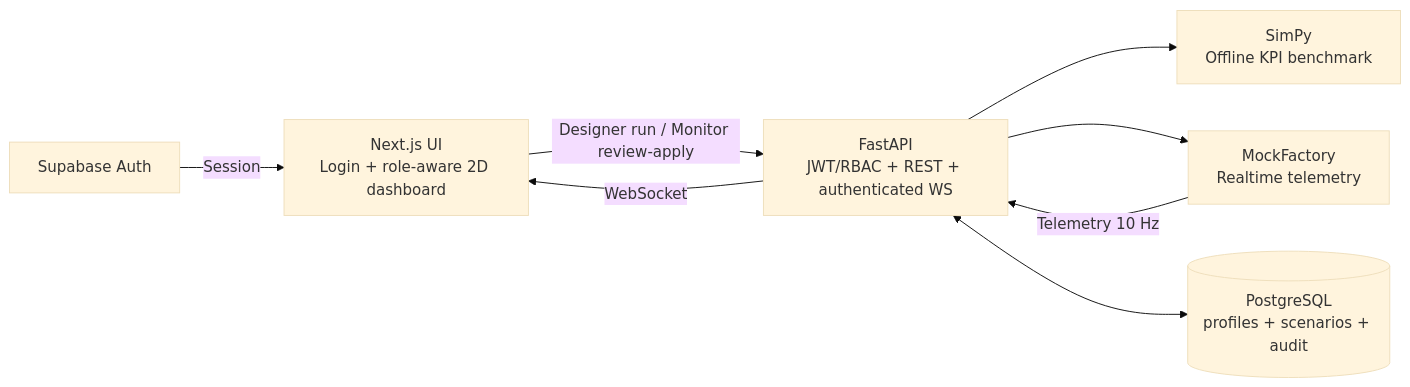
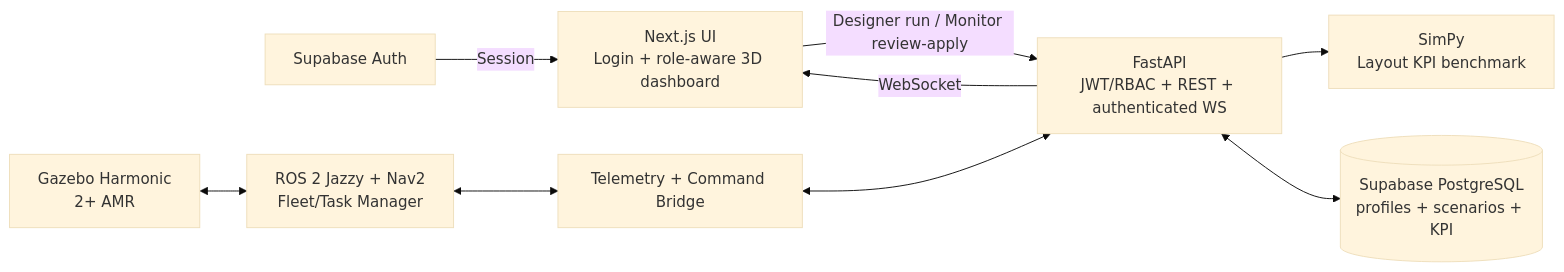
The first of 2 diagrams in docs/presentation/README.md (HoangTuBangGia/EV-Factory-Twin), drawn with Mermaid (base theme) before and after one commit. The commit also changed other lines of this file and 27 other files, not shown here.

````diff
--- a/docs/presentation/README.md
+++ b/docs/presentation/README.md
@@ -30,17 +30,20 @@
 ```mermaid
 flowchart LR
     AUTH[Supabase Auth]
-    FE[Next.js UI<br/>Login + role-aware 2D dashboard]
+    FE[Next.js UI<br/>Login + role-aware 3D dashboard]
     API[FastAPI<br/>JWT/RBAC + REST + authenticated WS]
-    MOCK[MockFactory<br/>Realtime telemetry]
-    SIM[SimPy<br/>Offline KPI benchmark]
-    DB[(PostgreSQL<br/>profiles + scenarios + audit)]
+    GZ[Gazebo Harmonic<br/>2+ AMR]
+    ROS[ROS 2 Jazzy + Nav2<br/>Fleet/Task Manager]
+    BRIDGE[Telemetry + Command Bridge]
+    SIM[SimPy<br/>Layout KPI benchmark]
+    DB[(Supabase PostgreSQL<br/>profiles + scenarios + KPI)]
 
     AUTH -->|Session| FE
     FE -->|Designer run / Monitor review-apply| API
     API --> SIM
-    API --> MOCK
-    MOCK -->|Telemetry 10 Hz| API
+    GZ <--> ROS
+    ROS <--> BRIDGE
+    BRIDGE <--> API
     API -->|WebSocket| FE
     API <--> DB
 ```
````
